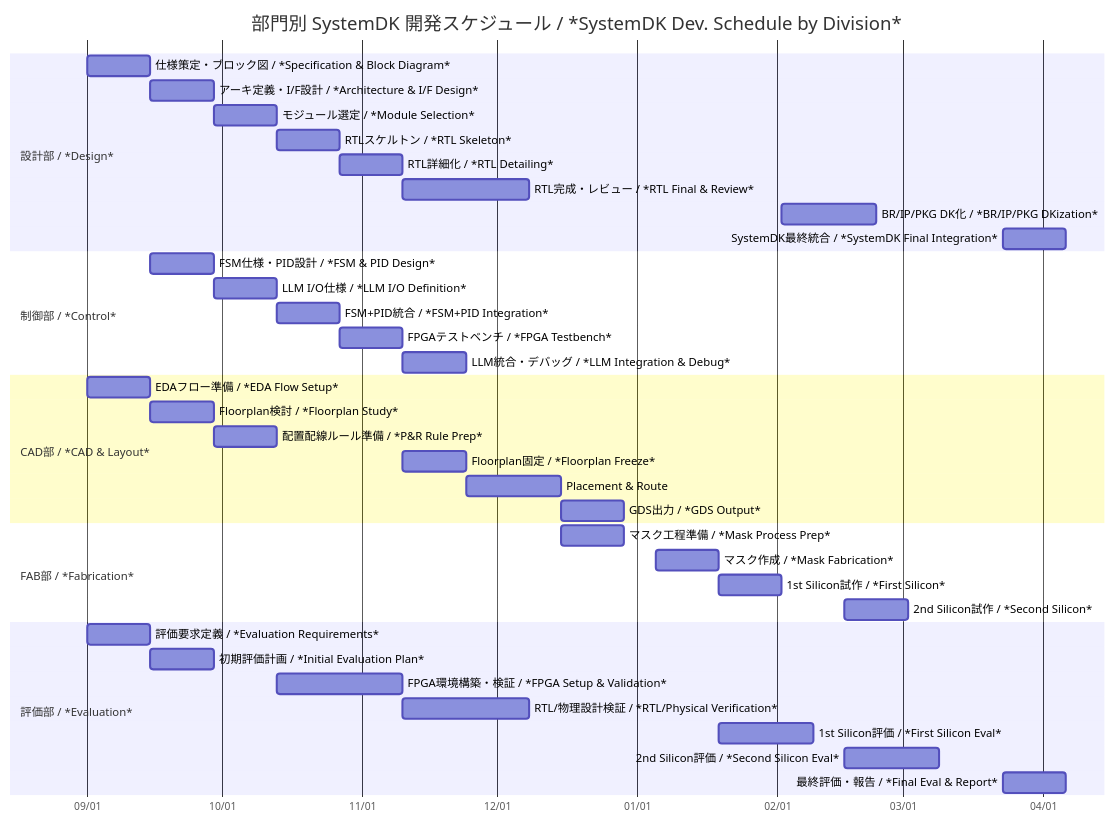
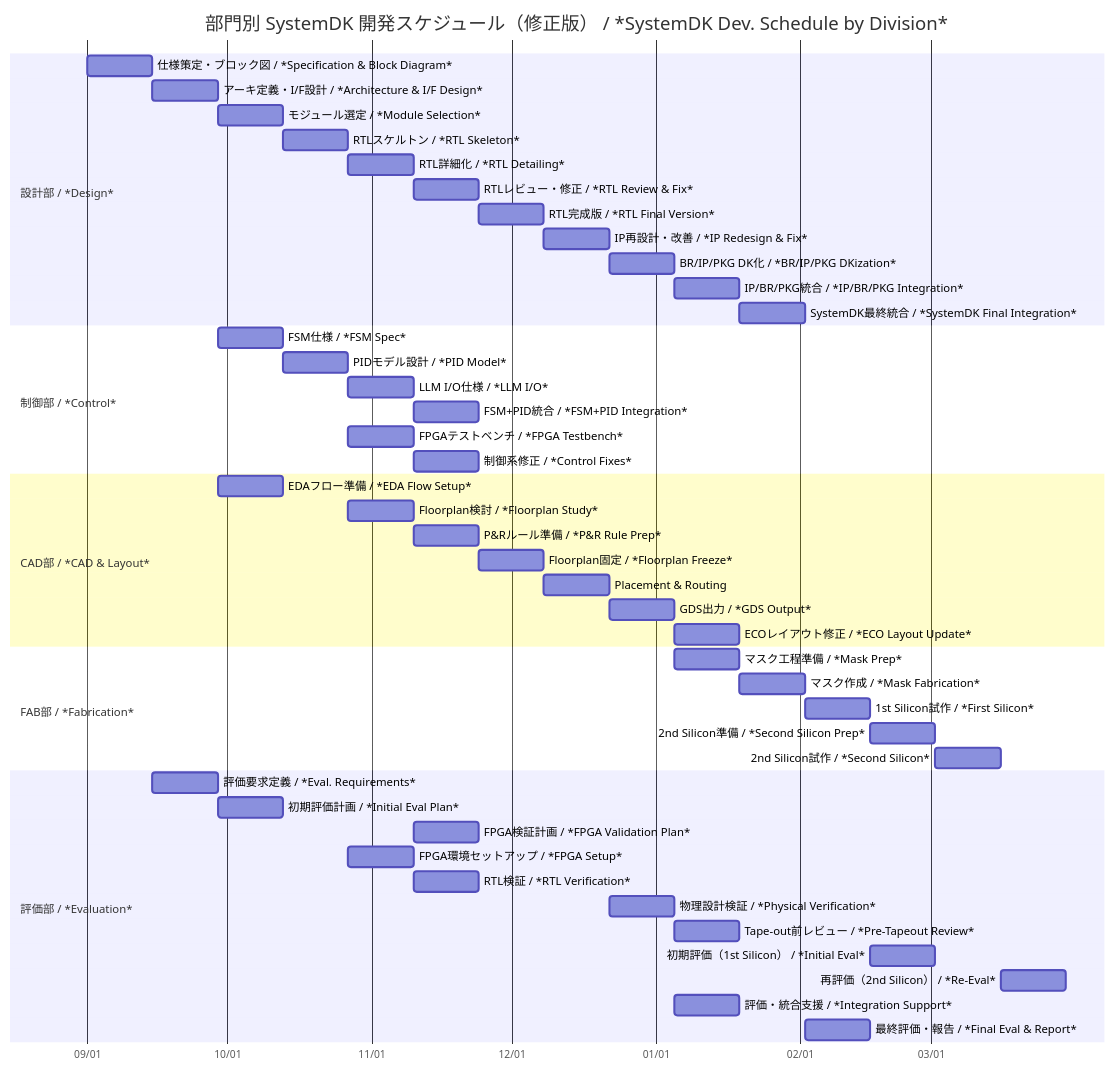
The diagram in f_chapter2a_systemdk/f2a_systemdk_schedule.md (Samizo-AITL/Edusemi-v4x), drawn with Mermaid before and after one commit. The commit also changed other lines of this file, not shown here.

````diff
--- a/f_chapter2a_systemdk/f2a_systemdk_schedule.md
+++ b/f_chapter2a_systemdk/f2a_systemdk_schedule.md
@@ -38,47 +51,57 @@
 ```mermaid
 gantt
-    title 部門別 SystemDK 開発スケジュール / *SystemDK Dev. Schedule by Division*
+    title 部門別 SystemDK 開発スケジュール（修正版） / *SystemDK Dev. Schedule by Division*
     dateFormat  YYYY-MM-DD
     axisFormat  %m/%d
     todayMarker stroke-width:2px,stroke:red,opacity:0.5
 
     section 設計部 / *Design*
     仕様策定・ブロック図 / *Specification & Block Diagram* :a1, 2025-09-01, 14d
-    アーキ定義・I/F設計 / *Architecture & I/F Design*      :a2, 2025-09-15, 14d
-    モジュール選定 / *Module Selection*                   :a3, 2025-09-29, 14d
-    RTLスケルトン / *RTL Skeleton*                        :a4, 2025-10-13, 14d
-    RTL詳細化 / *RTL Detailing*                           :a5, 2025-10-27, 14d
-    RTL完成・レビュー / *RTL Final & Review*              :a6, 2025-11-10, 28d
-    BR/IP/PKG DK化 / *BR/IP/PKG DKization*                :a7, 2026-02-02, 21d
-    SystemDK最終統合 / *SystemDK Final Integration*       :a8, 2026-03-23, 14d
+    アーキ定義・I/F設計 / *Architecture & I/F Design*      :a2, after a1, 14d
+    モジュール選定 / *Module Selection*                   :a3, after a2, 14d
+    RTLスケルトン / *RTL Skeleton*                        :a4, after a3, 14d
+    RTL詳細化 / *RTL Detailing*                           :a5, after a4, 14d
+    RTLレビュー・修正 / *RTL Review & Fix*                :a6, after a5, 14d
+    RTL完成版 / *RTL Final Version*                       :a7, after a6, 14d
+    IP再設計・改善 / *IP Redesign & Fix*                  :a8, after a7, 14d
+    BR/IP/PKG DK化 / *BR/IP/PKG DKization*                :a9, after a8, 14d
+    IP/BR/PKG統合 / *IP/BR/PKG Integration*               :a10, after a9, 14d
+    SystemDK最終統合 / *SystemDK Final Integration*       :a11, after a10, 14d
 
     section 制御部 / *Control*
-    FSM仕様・PID設計 / *FSM & PID Design*                 :b1, 2025-09-15, 14d
-    LLM I/O仕様 / *LLM I/O Definition*                    :b2, 2025-09-29, 14d
-    FSM+PID統合 / *FSM+PID Integration*                   :b3, 2025-10-13, 14d
-    FPGAテストベンチ / *FPGA Testbench*                   :b4, 2025-10-27, 14d
-    LLM統合・デバッグ / *LLM Integration & Debug*         :b5, 2025-11-10, 14d
+    FSM仕様 / *FSM Spec*                                  :b1, after a2, 14d
+    PIDモデル設計 / *PID Model*                           :b2, after b1, 14d
+    LLM I/O仕様 / *LLM I/O*                               :b3, after b2, 14d
+    FSM+PID統合 / *FSM+PID Integration*                   :b4, after b3, 14d
+    FPGAテストベンチ / *FPGA Testbench*                   :b5, after a4, 14d
+    制御系修正 / *Control Fixes*                          :b6, after b5, 14d
 
     section CAD部 / *CAD & Layout*
-    EDAフロー準備 / *EDA Flow Setup*                      :c1, 2025-09-01, 14d
-    Floorplan検討 / *Floorplan Study*                     :c2, 2025-09-15, 14d
-    配置配線ルール準備 / *P&R Rule Prep*                  :c3, 2025-09-29, 14d
-    Floorplan固定 / *Floorplan Freeze*                    :c4, 2025-11-10, 14d
-    Placement & Route                                     :c5, 2025-11-24, 21d
-    GDS出力 / *GDS Output*                                :c6, 2025-12-15, 14d
+    EDAフロー準備 / *EDA Flow Setup*                      :c1, after a2, 14d
+    Floorplan検討 / *Floorplan Study*                     :c2, after a4, 14d
+    P&Rルール準備 / *P&R Rule Prep*                       :c3, after c2, 14d
+    Floorplan固定 / *Floorplan Freeze*                    :c4, after c3, 14d
+    Placement & Routing                                   :c5, after c4, 14d
+    GDS出力 / *GDS Output*                                :c6, after c5, 14d
+    ECOレイアウト修正 / *ECO Layout Update*               :c7, after c6, 14d
 
     section FAB部 / *Fabrication*
-    マスク工程準備 / *Mask Process Prep*                  :d1, 2025-12-15, 14d
-    マスク作成 / *Mask Fabrication*                       :d2, 2026-01-05, 14d
-    1st Silicon試作 / *First Silicon*                     :d3, 2026-01-19, 14d
-    2nd Silicon試作 / *Second Silicon*                    :d4, 2026-02-16, 14d
+    マスク工程準備 / *Mask Prep*                          :d1, after c6, 14d
+    マスク作成 / *Mask Fabrication*                       :d2, after d1, 14d
+    1st Silicon試作 / *First Silicon*                     :d3, after d2, 14d
+    2nd Silicon準備 / *Second Silicon Prep*               :d4, after d3, 14d
+    2nd Silicon試作 / *Second Silicon*                    :d5, after d4, 14d
 
     section 評価部 / *Evaluation*
-    評価要求定義 / *Evaluation Requirements*              :e1, 2025-09-01, 14d
-    初期評価計画 / *Initial Evaluation Plan*              :e2, 2025-09-15, 14d
-    FPGA環境構築・検証 / *FPGA Setup & Validation*        :e3, 2025-10-13, 28d
-    RTL/物理設計検証 / *RTL/Physical Verification*        :e4, 2025-11-10, 28d
-    1st Silicon評価 / *First Silicon Eval*                :e5, 2026-01-19, 21d
-    2nd Silicon評価 / *Second Silicon Eval*               :e6, 2026-02-16, 21d
-    最終評価・報告 / *Final Eval & Report*                :e7, 2026-03-23, 14d
+    評価要求定義 / *Eval. Requirements*                   :e1, after a1, 14d
+    初期評価計画 / *Initial Eval Plan*                    :e2, after e1, 14d
+    FPGA検証計画 / *FPGA Validation Plan*                 :e3, after b3, 14d
+    FPGA環境セットアップ / *FPGA Setup*                   :e4, after a4, 14d
+    RTL検証 / *RTL Verification*                          :e5, after a5, 14d
+    物理設計検証 / *Physical Verification*                :e6, after c5, 14d
+    Tape-out前レビュー / *Pre-Tapeout Review*             :e7, after c6, 14d
+    初期評価（1st Silicon） / *Initial Eval*              :e8, after d3, 14d
+    再評価（2nd Silicon） / *Re-Eval*                     :e9, after d5, 14d
+    評価・統合支援 / *Integration Support*                :e10, after a9, 14d
+    最終評価・報告 / *Final Eval & Report*                :e11, after a11, 14d
 ```
````
